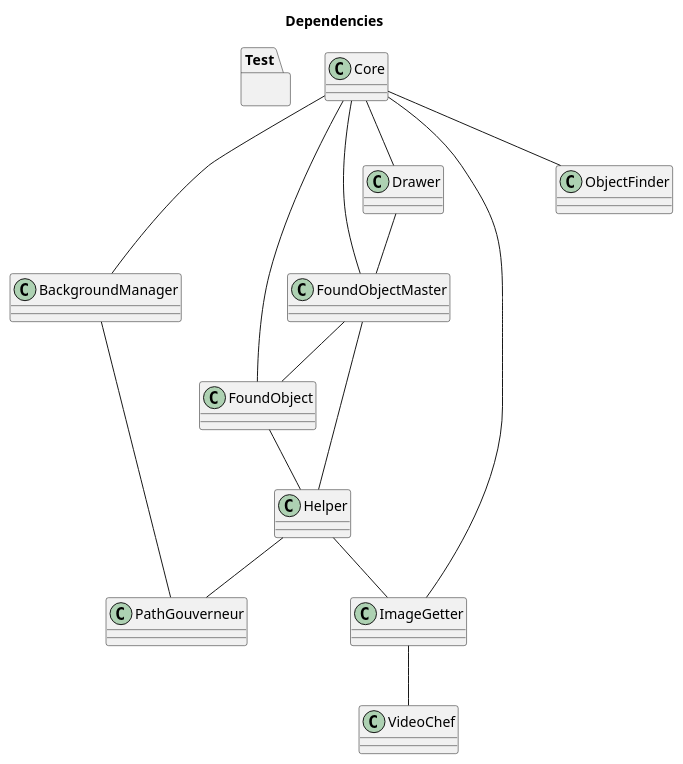
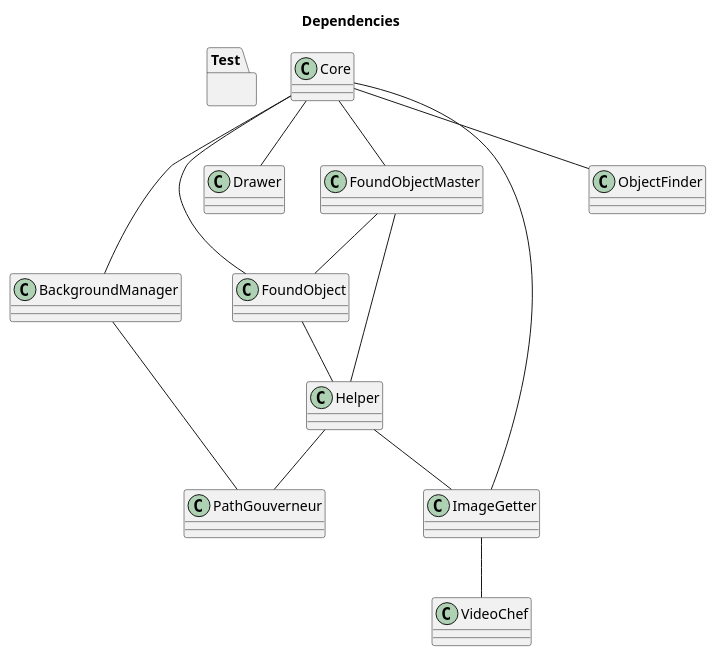
The diagram in doc/uml/swarch.puml (NewTec-GmbH/SpaceShipRadar), drawn with PlantUML before and after one commit. The commit also changed 4 other files, not shown here.

Commit message:
removed drawer dependency to foundObjectMaster

```diff
--- a/doc/uml/swarch.puml
+++ b/doc/uml/swarch.puml
@@ -1,43 +1,41 @@
 @startuml swarch
 title Dependencies
 
 package Test {
 }
 
 class Core
 class Helper
 
 class FoundObject
 class FoundObjectMaster
 
 class Drawer
 class BackgroundManager
 class PathGouverneur
 
 class VideoChef
 class ImageGetter
 
 class ObjectFinder
 
 Core -- FoundObject
 Core -- FoundObjectMaster
 Core -- Drawer
 Core -- BackgroundManager
 Core -- ImageGetter
 Core -- ObjectFinder
 
 Helper -- PathGouverneur
 Helper -- ImageGetter
 
 FoundObject -- Helper
 
 FoundObjectMaster -- FoundObject
 FoundObjectMaster -- Helper
 
-Drawer -- FoundObjectMaster
-
 BackgroundManager -- PathGouverneur
 
 ImageGetter -- VideoChef
 
 @enduml
```
